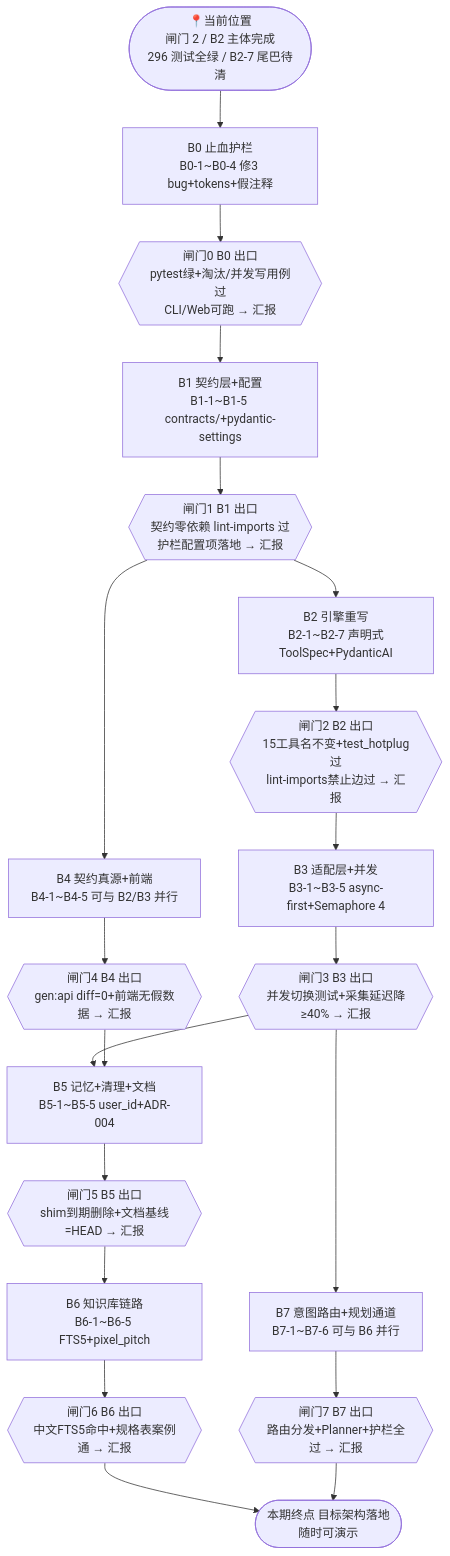
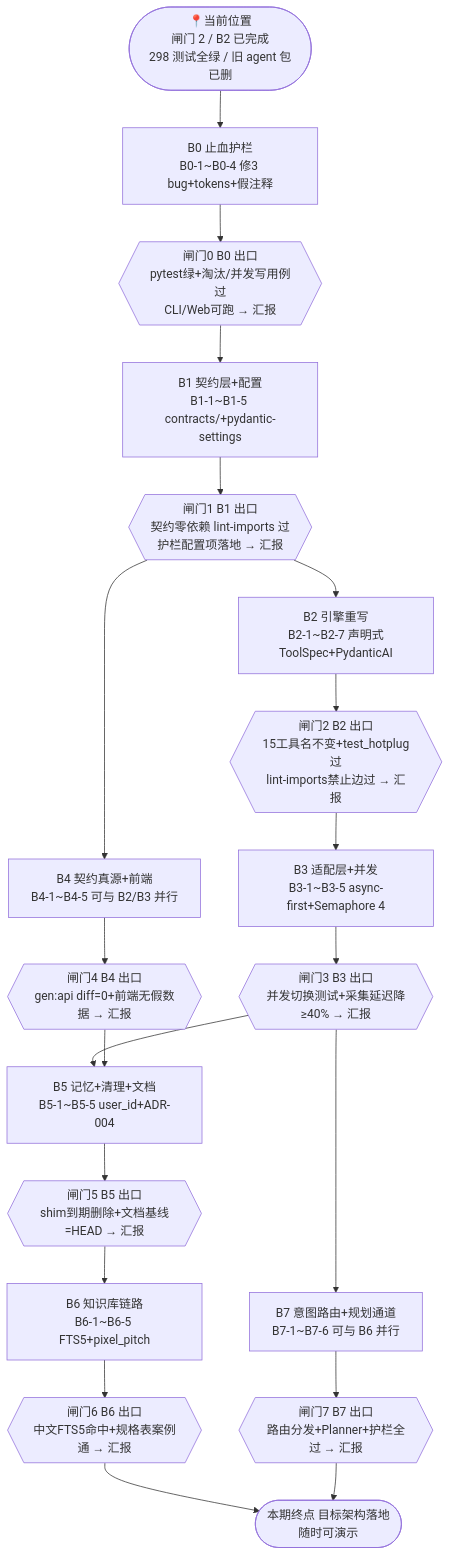
The diagram in docs/codex-longterm-goal.md (North-Q/LightTrail), drawn with Mermaid before and after one commit. The commit also changed other lines of this file and 4 other files, not shown here.

````diff
--- a/docs/codex-longterm-goal.md
+++ b/docs/codex-longterm-goal.md
@@ -24,23 +24,23 @@
 ```mermaid
 graph TD
-    S([📍当前位置<br/>闸门 2 / B2 主体完成<br/>296 测试全绿 / B2-7 尾巴待清]) --> B0
+    S([📍当前位置<br/>闸门 2 / B2 已完成<br/>298 测试全绿 / 旧 agent 包已删]) --> B0
 
     B0[B0 止血护栏<br/>B0-1~B0-4 修3 bug+tokens+假注释] --> G0{{闸门0 B0 出口<br/>pytest绿+淘汰/并发写用例过<br/>CLI/Web可跑 → 汇报}}
     G0 --> B1[B1 契约层+配置<br/>B1-1~B1-5 contracts/+pydantic-settings]
     B1 --> G1{{闸门1 B1 出口<br/>契约零依赖 lint-imports 过<br/>护栏配置项落地 → 汇报}}
     G1 --> B2[B2 引擎重写<br/>B2-1~B2-7 声明式ToolSpec+PydanticAI]
     G1 --> B4[B4 契约真源+前端<br/>B4-1~B4-5 可与 B2/B3 并行]
     B2 --> G2{{闸门2 B2 出口<br/>15工具名不变+test_hotplug过<br/>lint-imports禁止边过 → 汇报}}
     G2 --> B3[B3 适配层+并发<br/>B3-1~B3-5 async-first+Semaphore 4]
     B4 --> G4{{闸门4 B4 出口<br/>gen:api diff=0+前端无假数据 → 汇报}}
     B3 --> G3{{闸门3 B3 出口<br/>并发切换测试+采集延迟降≥40% → 汇报}}
     G3 --> B5[B5 记忆+清理+文档<br/>B5-1~B5-5 user_id+ADR-004]
     G4 --> B5
     B5 --> G5{{闸门5 B5 出口<br/>shim到期删除+文档基线=HEAD → 汇报}}
     G5 --> B6[B6 知识库链路<br/>B6-1~B6-5 FTS5+pixel_pitch]
     G3 --> B7[B7 意图路由+规划通道<br/>B7-1~B7-6 可与 B6 并行]
     B6 --> G6{{闸门6 B6 出口<br/>中文FTS5命中+规格表案例通 → 汇报}}
     B7 --> G7{{闸门7 B7 出口<br/>路由分发+Planner+护栏全过 → 汇报}}
     G6 --> Z([本期终点 目标架构落地<br/>随时可演示])
     G7 --> Z
 ```
````
